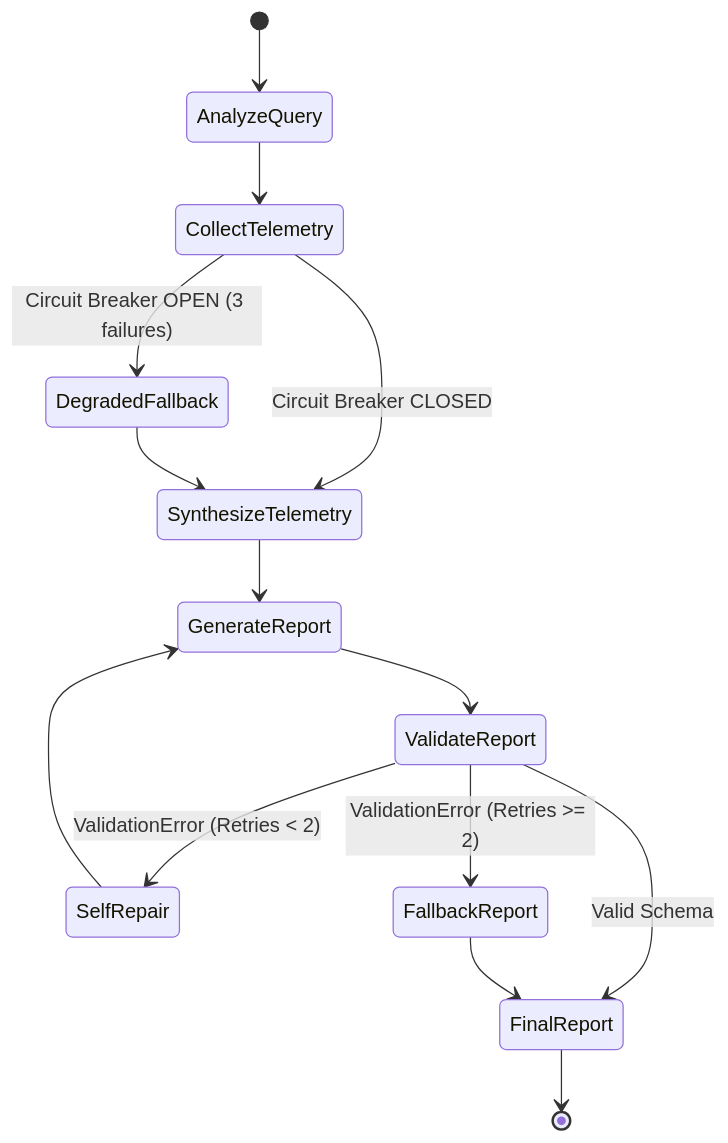
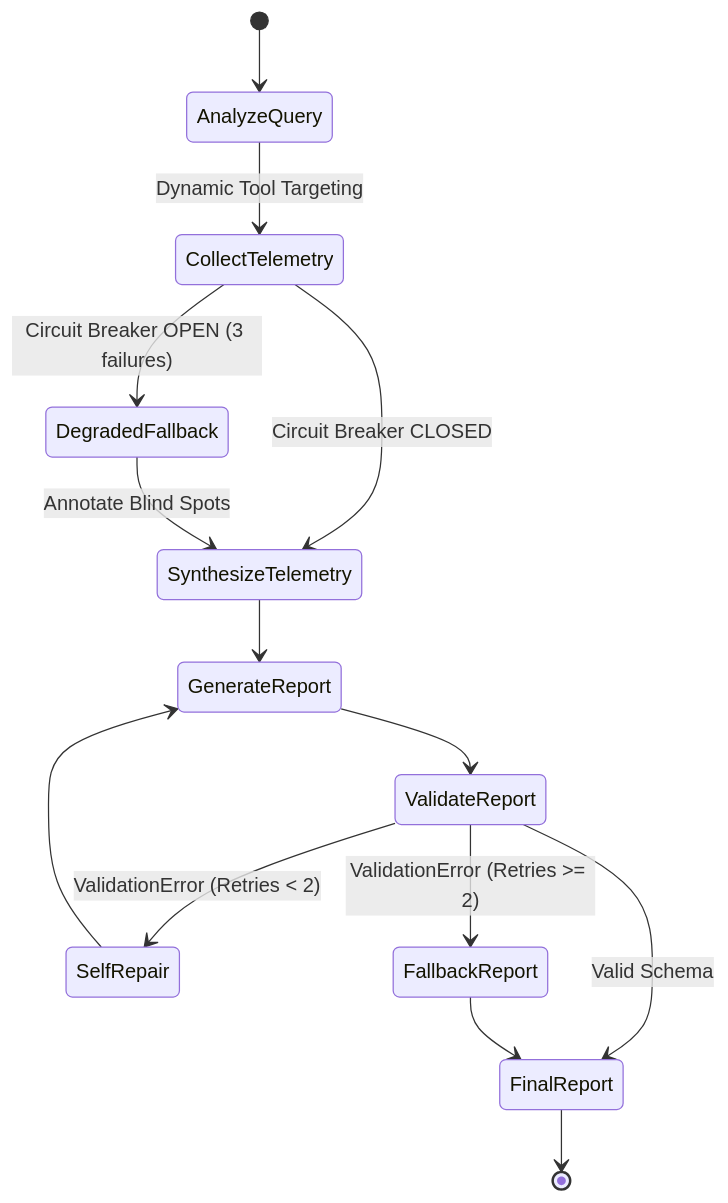
The second of 2 diagrams in docs/architecture.md (SamSilmarilData/resilient-triage), drawn with Mermaid before and after one commit. The commit also changed other lines of this file and 3 other files, not shown here.

Commit message:
docs: revamp README with badges, architecture, SRE UI features, update CHANGELOG for v0.7.0, and polish docs

````diff
--- a/docs/architecture.md
+++ b/docs/architecture.md
@@ -51,16 +109,16 @@
 ```mermaid
 stateDiagram-v2
     [*] --> AnalyzeQuery
-    AnalyzeQuery --> CollectTelemetry
+    AnalyzeQuery --> CollectTelemetry: Dynamic Tool Targeting
     CollectTelemetry --> DegradedFallback: Circuit Breaker OPEN (3 failures)
     CollectTelemetry --> SynthesizeTelemetry: Circuit Breaker CLOSED
-    DegradedFallback --> SynthesizeTelemetry
+    DegradedFallback --> SynthesizeTelemetry: Annotate Blind Spots
     SynthesizeTelemetry --> GenerateReport
     GenerateReport --> ValidateReport
     ValidateReport --> SelfRepair: ValidationError (Retries < 2)
     SelfRepair --> GenerateReport
     ValidateReport --> FinalReport: Valid Schema
     ValidateReport --> FallbackReport: ValidationError (Retries >= 2)
     FallbackReport --> FinalReport
     FinalReport --> [*]
 ```
````
